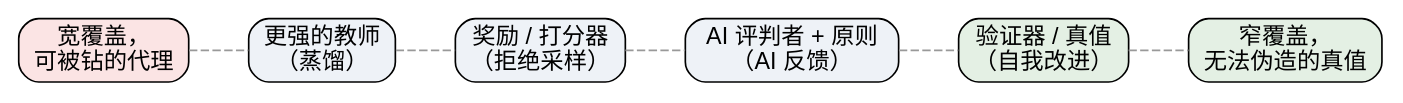
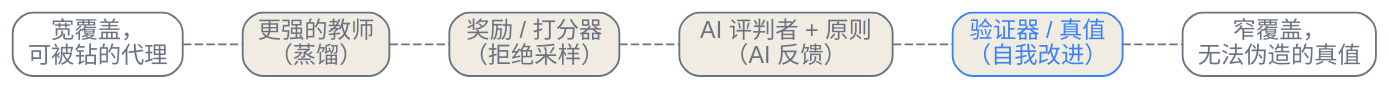
The third of 3 diagrams in zh/p2-adaptation/12-synthetic-data-self-improvement.qmd (latere-ai/ai-as-an-infrastructure), drawn with Graphviz before and after one commit. The commit also changed 186 other files, not shown here.

First line of the commit message:
book: visual audit pass on all diagrams and figures

````diff
--- a/zh/p2-adaptation/12-synthetic-data-self-improvement.qmd
+++ b/zh/p2-adaptation/12-synthetic-data-self-improvement.qmd
@@ -164,19 +164,20 @@
 ```{dot}
 //| label: fig-synthetic-data-tradeoff
 //| fig-cap: "覆盖与可信空间中的四种判断来源。宽覆盖买到的是可被钻的代理，近乎无法伪造的真值要以覆盖为代价，各方法沿二者之间的反对角线分布。"
 digraph tradeoff {
+  bgcolor="transparent";
   rankdir=LR;
-  node [shape=box, style="rounded,filled", fontname="Helvetica", fillcolor="#eef2f7"];
-  edge [color="#999999", arrowhead=none, style=dashed];
+  node [shape=box, style="rounded,filled", fontname="Helvetica", color="#6b7280", fontcolor="#6b7280", fillcolor="#f1ece1", penwidth=1.1];
+  edge [color="#6b7280", fontcolor="#6b7280", arrowhead=none, style=dashed];
 
-  broad   [label="宽覆盖，\n可被钻的代理", fillcolor="#fbe4e4"];
-  narrow  [label="窄覆盖，\n无法伪造的真值", fillcolor="#e4f0e4"];
+  broad   [label="宽覆盖，\n可被钻的代理", fillcolor="transparent"];
+  narrow  [label="窄覆盖，\n无法伪造的真值", fillcolor="transparent"];
 
   teacher  [label="更强的教师\n（蒸馏）"];
   rej      [label="奖励 / 打分器\n（拒绝采样）"];
   critic   [label="AI 评判者 + 原则\n（AI 反馈）"];
-  verifier [label="验证器 / 真值\n（自我改进）", fillcolor="#e4f0e4"];
+  verifier [label="验证器 / 真值\n（自我改进）", color="#3b82f6", fontcolor="#3b82f6"];
 
   broad -> teacher -> rej -> critic -> verifier -> narrow;
 }
 ```
````
